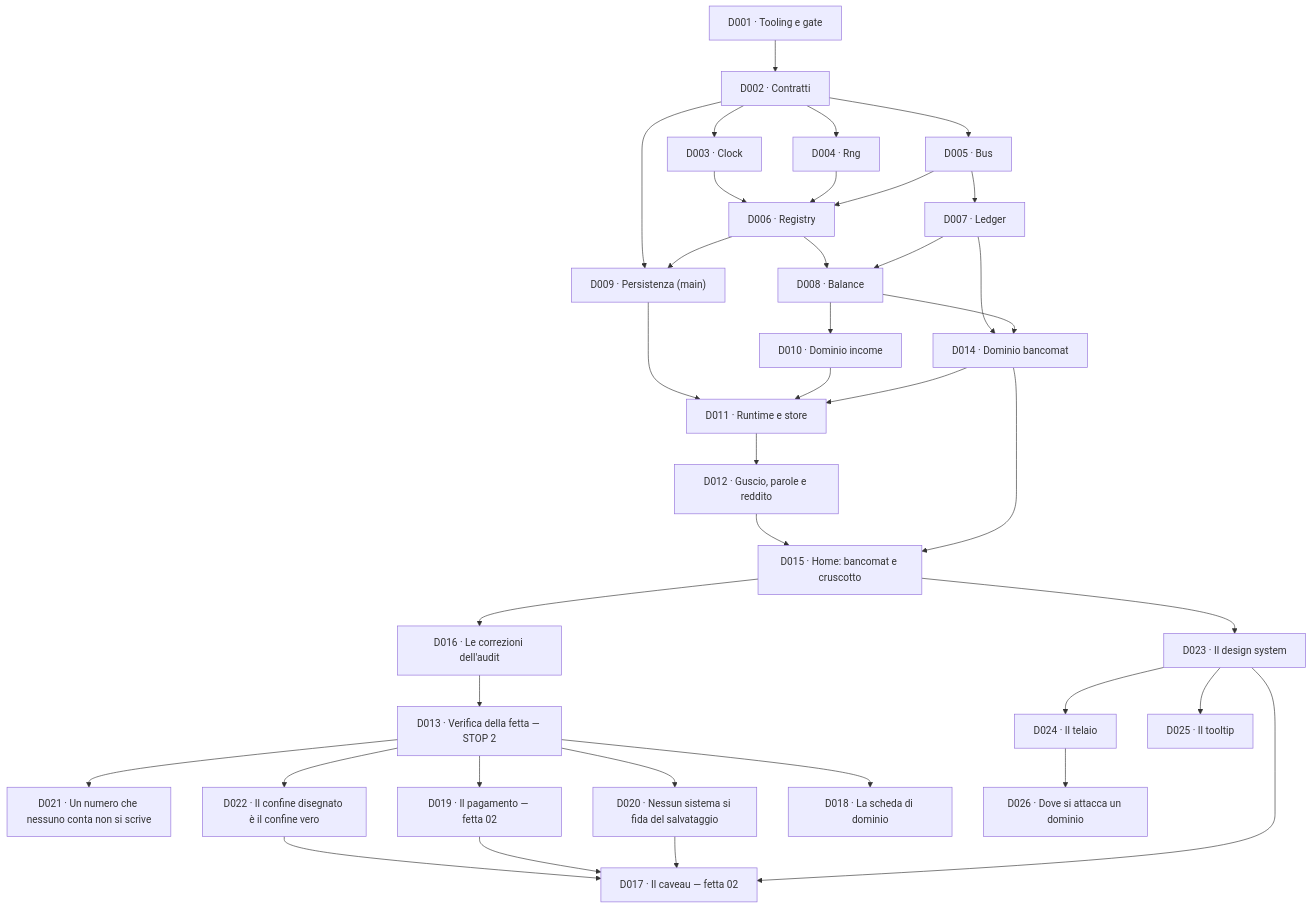
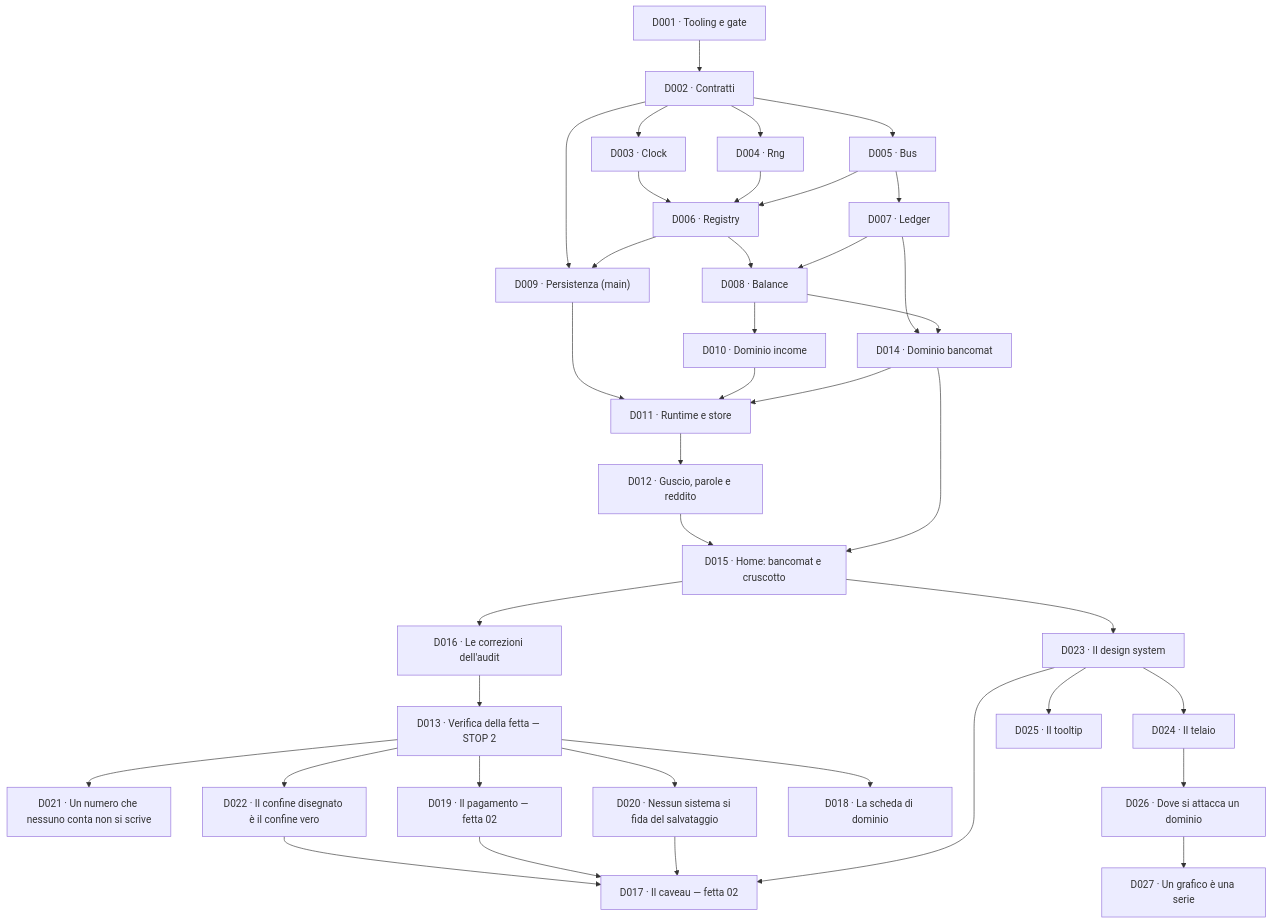
Before and after one commit to devfrx/solvent: the diagram in docs/delega/README.md, drawn with Mermaid. The commit also changed other lines of this file and 3 other files, not shown here.

First line of the commit message:
docs(D027): un grafico è una serie, e nessuno la tiene

````diff
--- a/docs/delega/README.md
+++ b/docs/delega/README.md
@@ -74,39 +74,40 @@
 ```mermaid
 flowchart TD
   D001["D001 · Tooling e gate"] --> D002["D002 · Contratti"]
   D002 --> D003["D003 · Clock"]
   D002 --> D004["D004 · Rng"]
   D002 --> D005["D005 · Bus"]
   D003 --> D006["D006 · Registry"]
   D004 --> D006
   D005 --> D006
   D005 --> D007["D007 · Ledger"]
   D006 --> D008["D008 · Balance"]
   D007 --> D008
   D002 --> D009["D009 · Persistenza (main)"]
   D006 --> D009
   D008 --> D010["D010 · Dominio income"]
   D007 --> D014["D014 · Dominio bancomat"]
   D008 --> D014
   D009 --> D011["D011 · Runtime e store"]
   D010 --> D011
   D014 --> D011
   D011 --> D012["D012 · Guscio, parole e reddito"]
   D012 --> D015["D015 · Home: bancomat e cruscotto"]
   D014 --> D015
   D015 --> D016["D016 · Le correzioni dell'audit"]
   D016 --> D013["D013 · Verifica della fetta — STOP 2"]
   D013 --> D021["D021 · Un numero che nessuno conta non si scrive"]
   D013 --> D022["D022 · Il confine disegnato è il confine vero"]
   D022 --> D017
   D013 --> D019["D019 · Il pagamento — fetta 02"]
   D013 --> D020["D020 · Nessun sistema si fida del salvataggio"]
   D015 --> D023["D023 · Il design system"]
   D019 --> D017["D017 · Il caveau — fetta 02"]
   D020 --> D017
   D023 --> D017
   D013 --> D018["D018 · La scheda di dominio"]
   D023 --> D024["D024 · Il telaio"]
   D023 --> D025["D025 · Il tooltip"]
   D024 --> D026["D026 · Dove si attacca un dominio"]
+  D026 --> D027["D027 · Un grafico è una serie"]
 ```
````
